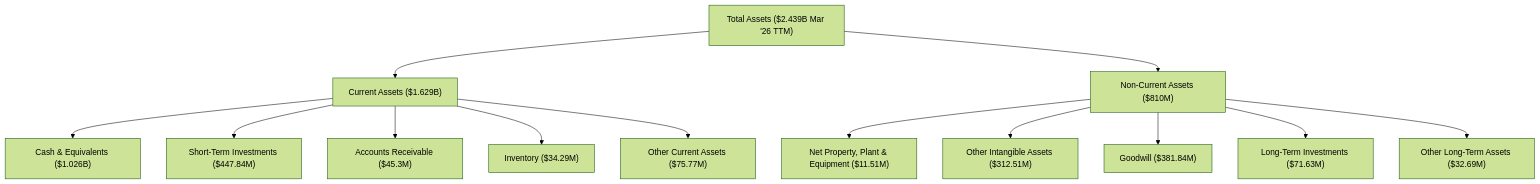
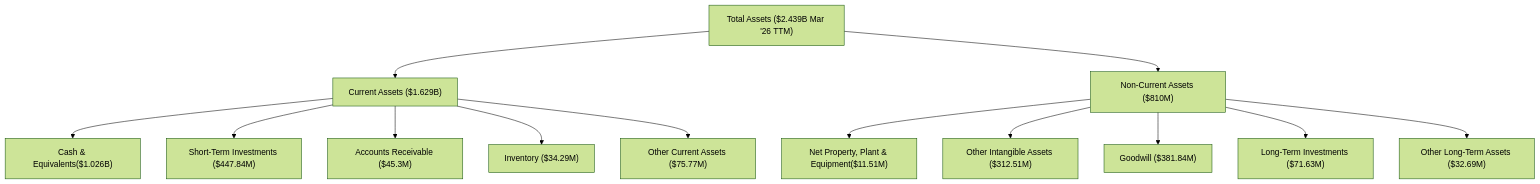
Before and after one commit to yennanliu/finance_data: the sixth of 14 diagrams in ai_gen_report/stock/onds/fundamental_analysis_2026-07-06_gemini.md, drawn with Mermaid (forest theme). The commit also changed 2258 other files, not shown here.

First line of the commit message:
chore: backfill Mermaid syntax repair across existing reports

````diff
--- a/ai_gen_report/stock/onds/fundamental_analysis_2026-07-06_gemini.md
+++ b/ai_gen_report/stock/onds/fundamental_analysis_2026-07-06_gemini.md
@@ -348,22 +348,22 @@
 ```mermaid
 graph TD
     TA["Total Assets ($2.439B Mar '26 TTM)"]
 
     CA["Current Assets ($1.629B)"]
     NCA["Non-Current Assets ($810M)"]
 
     TA --> CA
     TA --> NCA
 
-    CA --> CCE["Cash & Equivalents ($1.026B)"]
+    CA --> CCE["Cash & Equivalents($1.026B)"]
     CA --> STI["Short-Term Investments ($447.84M)"]
     CA --> AR["Accounts Receivable ($45.3M)"]
     CA --> INV["Inventory ($34.29M)"]
     CA --> OCA["Other Current Assets ($75.77M)"]
 
-    NCA --> PPE["Net Property, Plant & Equipment ($11.51M)"]
+    NCA --> PPE["Net Property, Plant & Equipment($11.51M)"]
     NCA --> OIA["Other Intangible Assets ($312.51M)"]
     NCA --> GW["Goodwill ($381.84M)"]
     NCA --> LTI["Long-Term Investments ($71.63M)"]
     NCA --> OLA["Other Long-Term Assets ($32.69M)"]
 ```
````
